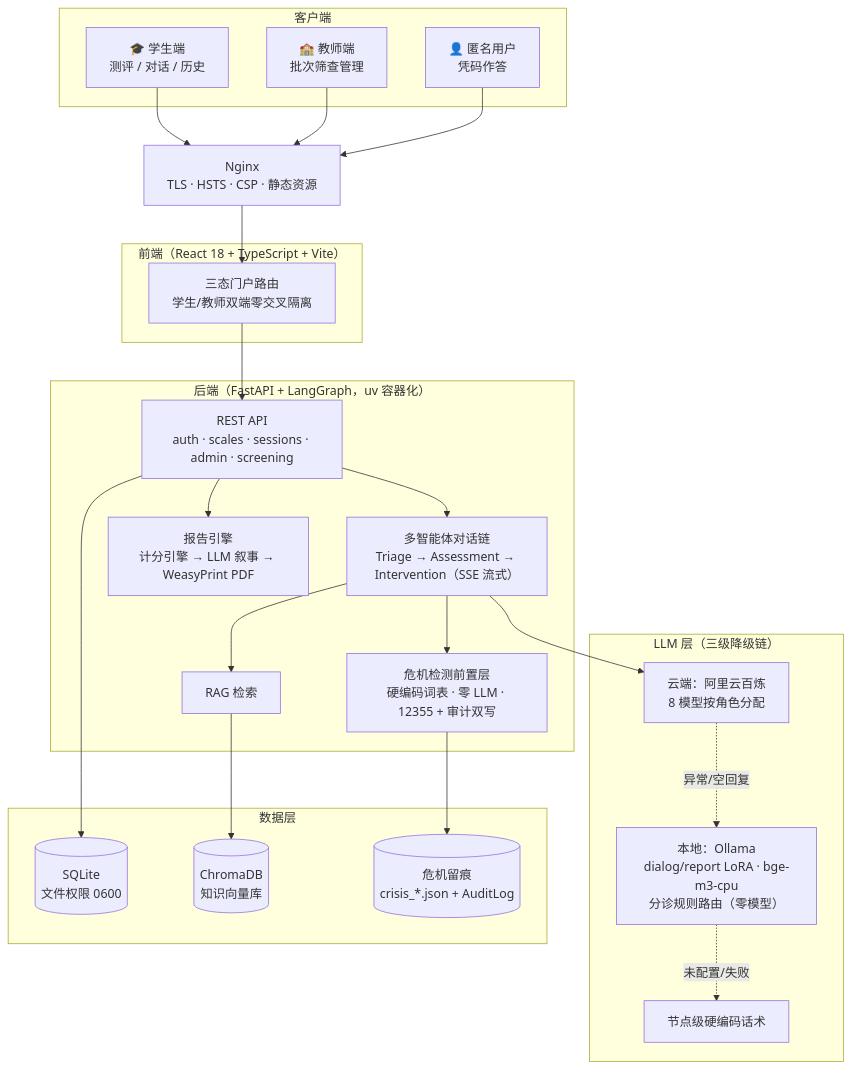
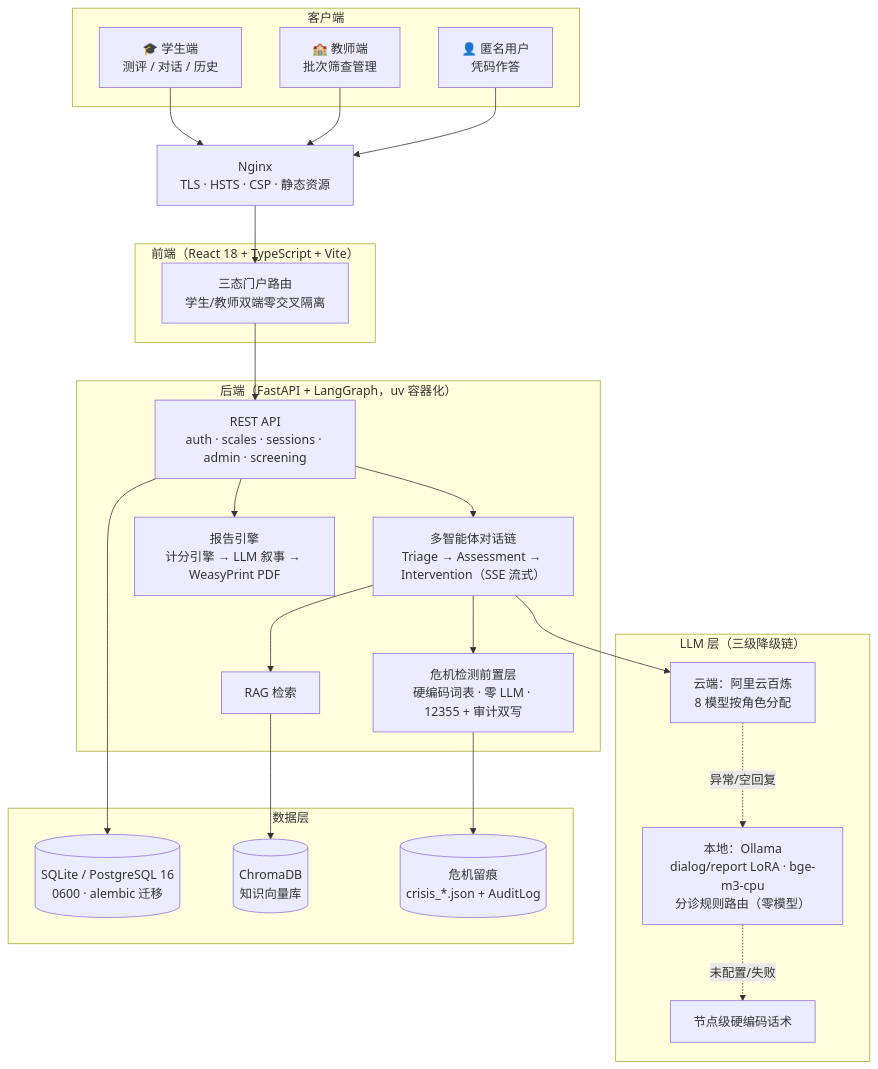
One commit to Gunaie/PsycheFlow changed the diagram in README.md. Above: the diagram before and after it, drawn with Mermaid. The commit also changed other lines of this file and 45 other files, not shown here.

````diff
--- a/README.md
+++ b/README.md
@@ -49,45 +49,45 @@
 ```mermaid
 flowchart TB
     subgraph clients["客户端"]
         STU["🎓 学生端<br/>测评 / 对话 / 历史"]
         TEA["🏫 教师端<br/>批次筛查管理"]
         VIS["👤 匿名用户<br/>凭码作答"]
     end
 
     NGINX["Nginx<br/>TLS · HSTS · CSP · 静态资源"]
 
     subgraph fe["前端（React 18 + TypeScript + Vite）"]
         PORTAL["三态门户路由<br/>学生/教师双端零交叉隔离"]
     end
 
     subgraph be["后端（FastAPI + LangGraph，uv 容器化）"]
         API["REST API<br/>auth · scales · sessions · admin · screening"]
         AGENT["多智能体对话链<br/>Triage → Assessment → Intervention（SSE 流式）"]
         CRISIS["危机检测前置层<br/>硬编码词表 · 零 LLM · 12355 + 审计双写"]
         RAG["RAG 检索"]
         REPORT["报告引擎<br/>计分引擎 → LLM 叙事 → WeasyPrint PDF"]
     end
 
     subgraph llm["LLM 层（三级降级链）"]
         CLOUD["云端：阿里云百炼<br/>8 模型按角色分配"]
         LOCAL["本地：Ollama<br/>dialog/report LoRA · bge-m3-cpu<br/>分诊规则路由（零模型）"]
         FALLBACK["节点级硬编码话术"]
     end
 
     subgraph store["数据层"]
-        DB[("SQLite<br/>文件权限 0600")]
+        DB[("SQLite / PostgreSQL 16<br/>0600 · alembic 迁移")]
         CHROMA[("ChromaDB<br/>知识向量库")]
         AUDIT[("危机留痕<br/>crisis_*.json + AuditLog")]
     end
 
     STU & TEA & VIS --> NGINX --> PORTAL --> API
     API --> AGENT
     AGENT --> CRISIS
     AGENT --> RAG --> CHROMA
     API --> REPORT
     AGENT --> CLOUD
     CLOUD -. 异常/空回复 .-> LOCAL
     LOCAL -. 未配置/失败 .-> FALLBACK
     API --> DB
     CRISIS --> AUDIT
 ```
````
